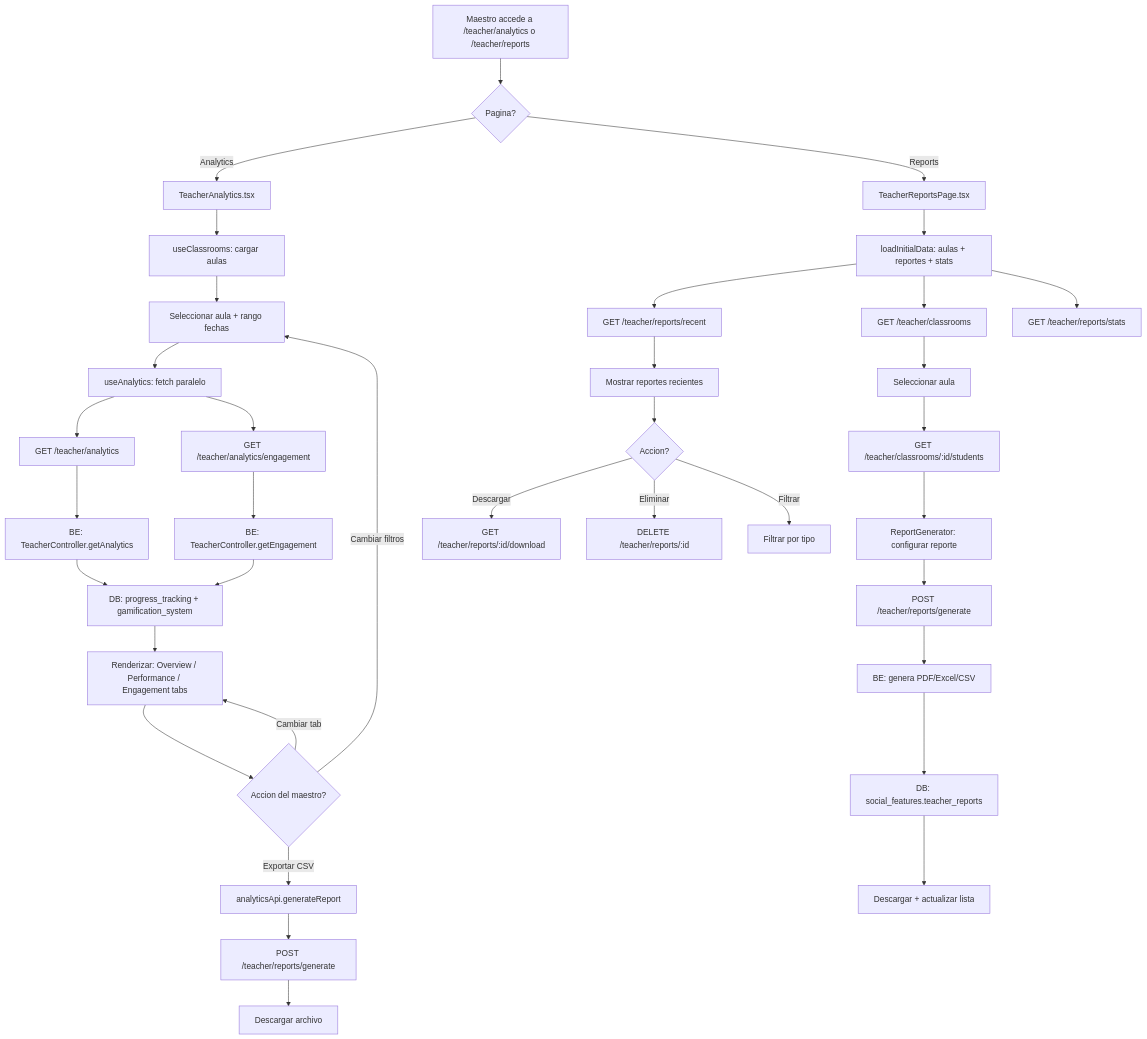
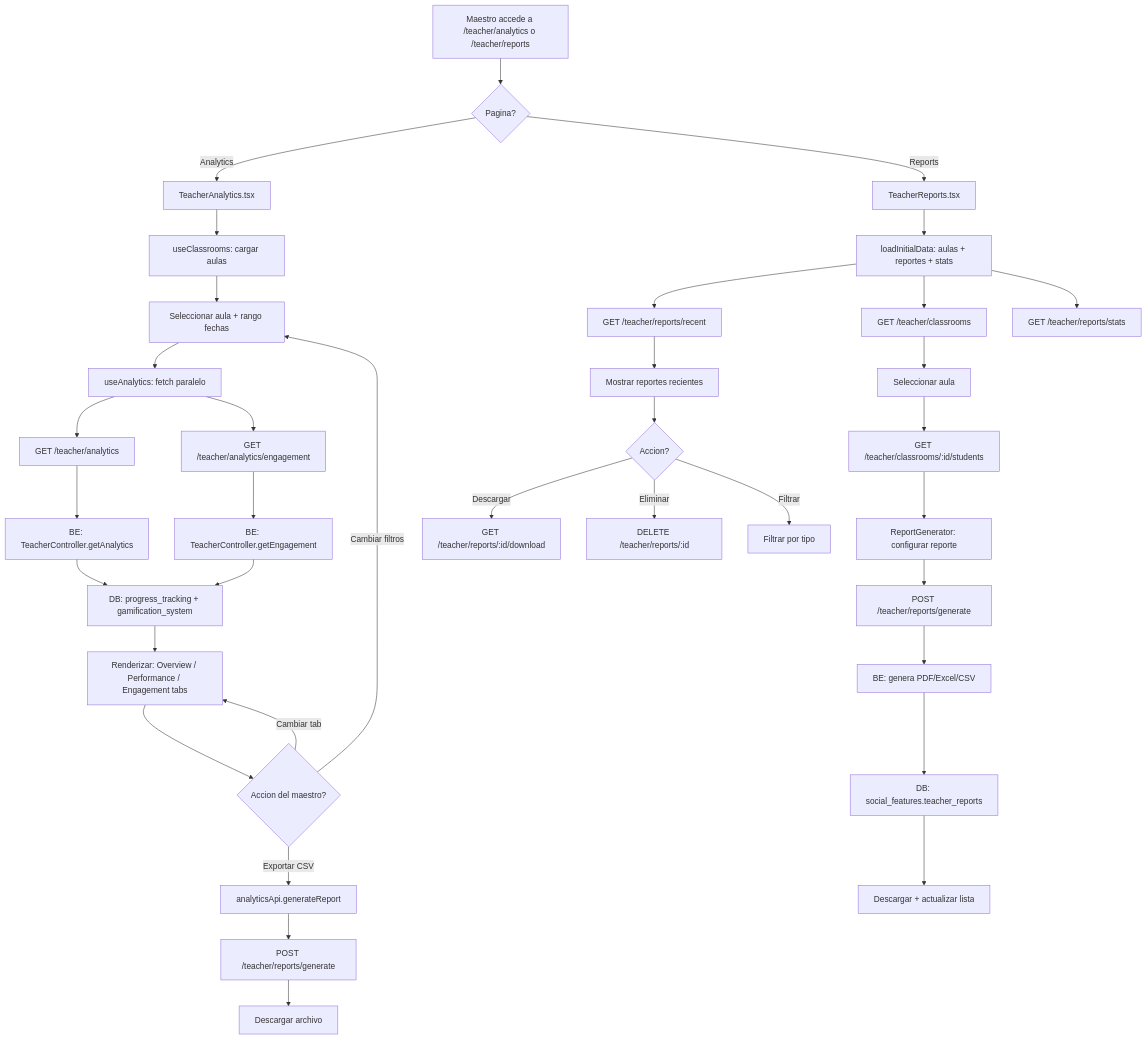
One commit to rckrdmrd/gamilit-workspace changed the diagram in docs/30-ux-ui/flujos/teacher/FLUJO-ANALYTICS-REPORTES.md. Above: the diagram before and after it, drawn with Mermaid. The commit also changed other lines of this file and 638 other files, not shown here.

````diff
--- a/docs/30-ux-ui/flujos/teacher/FLUJO-ANALYTICS-REPORTES.md
+++ b/docs/30-ux-ui/flujos/teacher/FLUJO-ANALYTICS-REPORTES.md
@@ -31,45 +31,45 @@
 ```mermaid
 flowchart TD
     A[Maestro accede a /teacher/analytics o /teacher/reports] --> B{Pagina?}
 
     B -- Analytics --> C[TeacherAnalytics.tsx]
-    B -- Reports --> D[TeacherReportsPage.tsx]
+    B -- Reports --> D[TeacherReports.tsx]
 
     %% Analytics Flow
     C --> C1[useClassrooms: cargar aulas]
     C1 --> C2[Seleccionar aula + rango fechas]
     C2 --> C3[useAnalytics: fetch paralelo]
     C3 --> C4[GET /teacher/analytics]
     C3 --> C5[GET /teacher/analytics/engagement]
     C4 --> C6[BE: TeacherController.getAnalytics]
     C5 --> C7[BE: TeacherController.getEngagement]
     C6 --> C8[DB: progress_tracking + gamification_system]
     C7 --> C8
     C8 --> C9[Renderizar: Overview / Performance / Engagement tabs]
 
     C9 --> C10{Accion del maestro?}
     C10 -- Cambiar tab --> C9
     C10 -- Cambiar filtros --> C2
     C10 -- Exportar CSV --> C11[analyticsApi.generateReport]
     C11 --> C12[POST /teacher/reports/generate]
     C12 --> C13[Descargar archivo]
 
     %% Reports Flow
     D --> D1[loadInitialData: aulas + reportes + stats]
     D1 --> D2[GET /teacher/classrooms]
     D1 --> D3[GET /teacher/reports/recent]
     D1 --> D4[GET /teacher/reports/stats]
     D2 --> D5[Seleccionar aula]
     D5 --> D6[GET /teacher/classrooms/:id/students]
     D6 --> D7[ReportGenerator: configurar reporte]
     D7 --> D8[POST /teacher/reports/generate]
     D8 --> D9[BE: genera PDF/Excel/CSV]
     D9 --> D10[DB: social_features.teacher_reports]
     D10 --> D11[Descargar + actualizar lista]
 
     D3 --> D12[Mostrar reportes recientes]
     D12 --> D13{Accion?}
     D13 -- Descargar --> D14[GET /teacher/reports/:id/download]
     D13 -- Eliminar --> D15[DELETE /teacher/reports/:id]
     D13 -- Filtrar --> D16[Filtrar por tipo]
 ```
````
